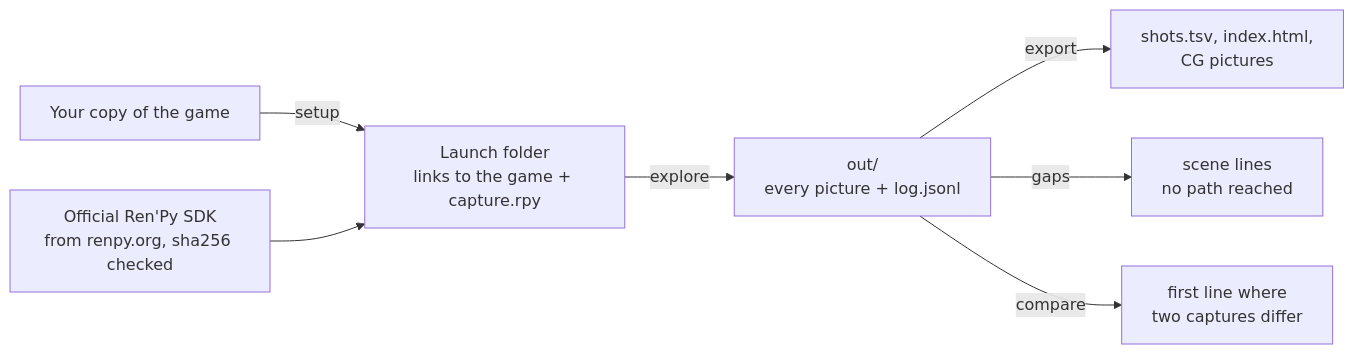
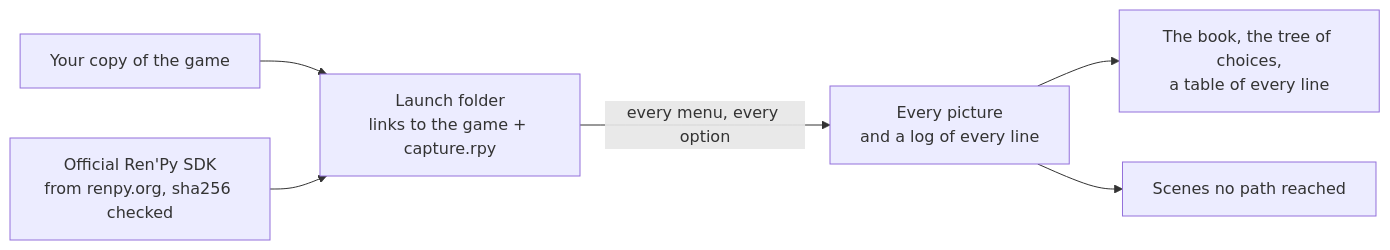
One commit to Aiken-Project-A/renpy-capture changed the diagram in README.md. Above: the diagram before and after it, drawn with Mermaid. The commit also changed other lines of this file and 5 other files, not shown here.

````diff
--- a/README.md
+++ b/README.md
@@ -55,9 +110,8 @@
 ```mermaid
 flowchart LR
-    G["Your copy of the game"] -->|setup| L["Launch folder<br/>links to the game + capture.rpy"]
+    G["Your copy of the game"] --> L["Launch folder<br/>links to the game + capture.rpy"]
     S["Official Ren'Py SDK<br/>from renpy.org, sha256 checked"] --> L
-    L -->|explore| O["out/<br/>every picture + log.jsonl"]
-    O -->|export| E["shots.tsv, index.html,<br/>CG pictures"]
-    O -->|gaps| X["scene lines<br/>no path reached"]
-    O -->|compare| C["first line where<br/>two captures differ"]
+    L -->|every menu, every option| O["Every picture<br/>and a log of every line"]
+    O --> E["The book, the tree of choices,<br/>a table of every line"]
+    O --> X["Scenes no path reached"]
 ```
````
